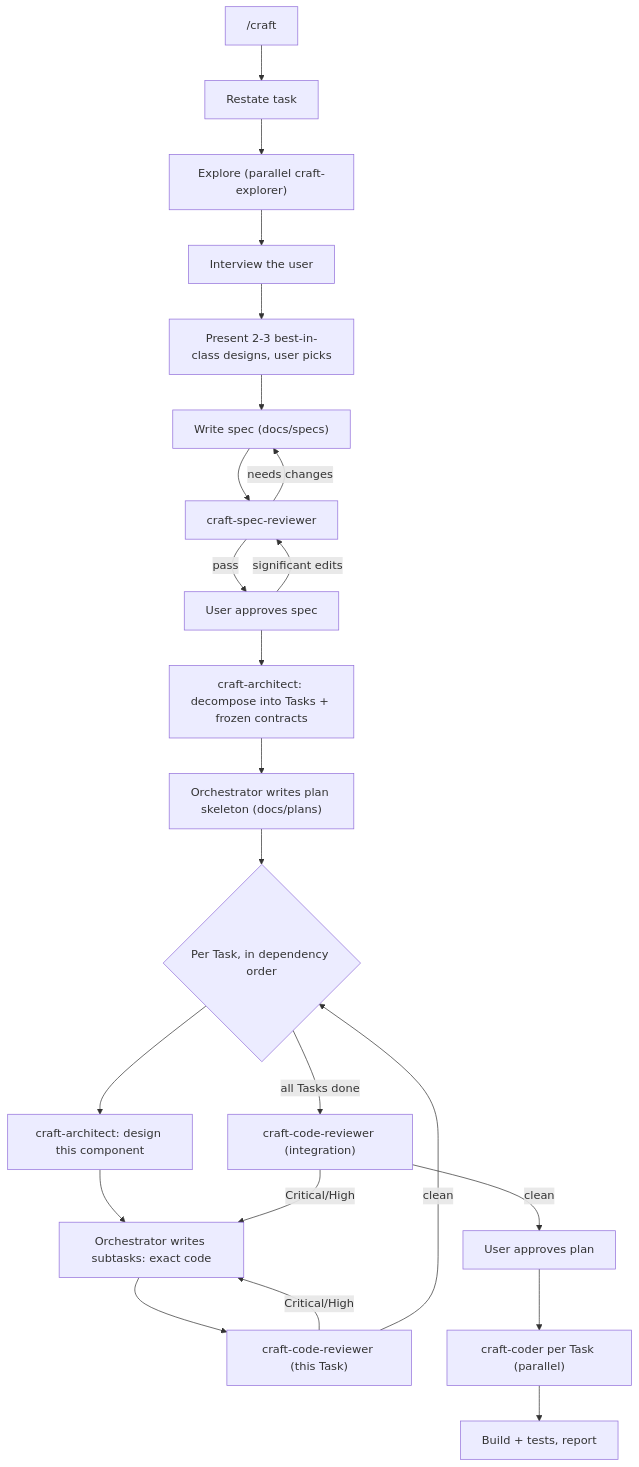
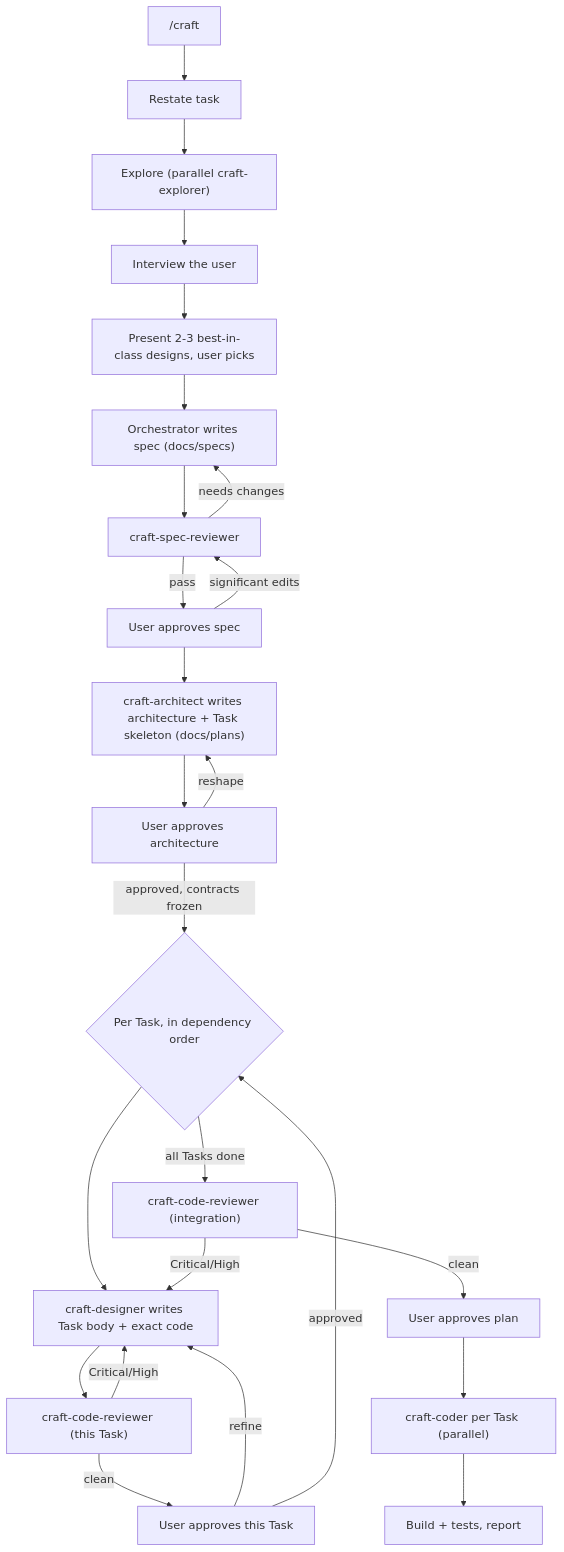
The diagram in README.md (AidenHadisi/craft), drawn with Mermaid before and after one commit. The commit also changed other lines of this file and 3 other files, not shown here.

First line of the commit message:
feat: split craft-architect into macro architect + micro designer

````diff
--- a/README.md
+++ b/README.md
@@ -25,25 +26,27 @@
 ```mermaid
 flowchart TD
     start["/craft"] --> understand["Restate task"]
     understand --> explore["Explore (parallel craft-explorer)"]
     explore --> interview["Interview the user"]
     interview --> designs["Present 2-3 best-in-class designs, user picks"]
-    designs --> spec["Write spec (docs/specs)"]
+    designs --> spec["Orchestrator writes spec (docs/specs)"]
     spec --> specrev["craft-spec-reviewer"]
     specrev -->|needs changes| spec
     specrev -->|pass| userspec["User approves spec"]
     userspec -->|significant edits| specrev
-    userspec --> decompose["craft-architect: decompose into Tasks + frozen contracts"]
-    decompose --> skeleton["Orchestrator writes plan skeleton (docs/plans)"]
-    skeleton --> taskloop{"Per Task, in dependency order"}
-    taskloop --> design["craft-architect: design this component"]
-    design --> write["Orchestrator writes subtasks: exact code"]
-    write --> taskrev["craft-code-reviewer (this Task)"]
-    taskrev -->|Critical/High| write
-    taskrev -->|clean| taskloop
+    userspec --> decompose["craft-architect writes architecture + Task skeleton (docs/plans)"]
+    decompose --> archgate["User approves architecture"]
+    archgate -->|reshape| decompose
+    archgate -->|approved, contracts frozen| taskloop{"Per Task, in dependency order"}
+    taskloop --> design["craft-designer writes Task body + exact code"]
+    design --> taskrev["craft-code-reviewer (this Task)"]
+    taskrev -->|Critical/High| design
+    taskrev -->|clean| taskgate["User approves this Task"]
+    taskgate -->|refine| design
+    taskgate -->|approved| taskloop
     taskloop -->|all Tasks done| integrev["craft-code-reviewer (integration)"]
-    integrev -->|Critical/High| write
+    integrev -->|Critical/High| design
     integrev -->|clean| userplan["User approves plan"]
     userplan --> build["craft-coder per Task (parallel)"]
     build --> verify["Build + tests, report"]
 ```
````
